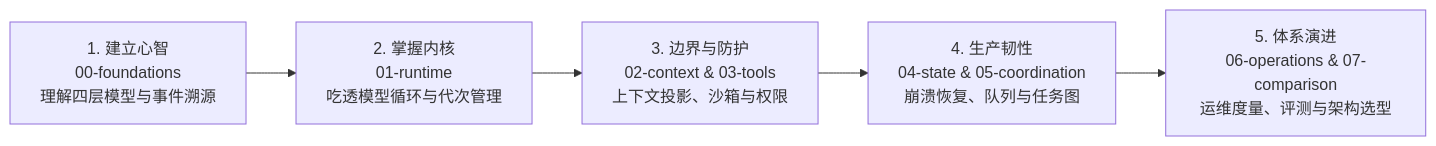
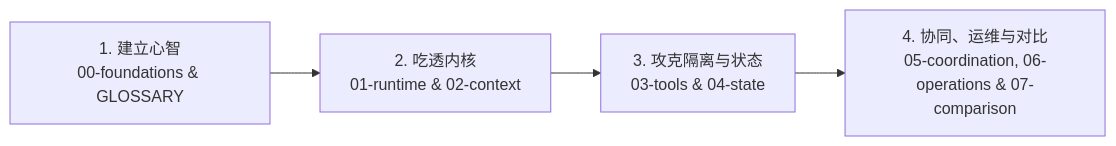
The third of 3 diagrams in maka-agent-infra/README.md (suger-m/agent-infrastructure-docs), drawn with Mermaid before and after one commit. The commit also changed other lines of this file and 31 other files, not shown here.

````diff
--- a/maka-agent-infra/README.md
+++ b/maka-agent-infra/README.md
@@ -209,7 +178,6 @@
 ```mermaid
 flowchart LR
-    Step1["1. 建立心智<br/>00-foundations<br/>理解四层模型与事件溯源"] --> Step2["2. 掌握内核<br/>01-runtime<br/>吃透模型循环与代次管理"]
-    Step2 --> Step3["3. 边界与防护<br/>02-context & 03-tools<br/>上下文投影、沙箱与权限"]
-    Step3 --> Step4["4. 生产韧性<br/>04-state & 05-coordination<br/>崩溃恢复、队列与任务图"]
-    Step4 --> Step5["5. 体系演进<br/>06-operations & 07-comparison<br/>运维度量、评测与架构选型"]
+    Step1["1. 建立心智<br/>00-foundations & GLOSSARY"] --> Step2["2. 吃透内核<br/>01-runtime & 02-context"]
+    Step2 --> Step3["3. 攻克隔离与状态<br/>03-tools & 04-state"]
+    Step3 --> Step4["4. 协同、运维与对比<br/>05-coordination, 06-operations & 07-comparison"]
 ```
````
